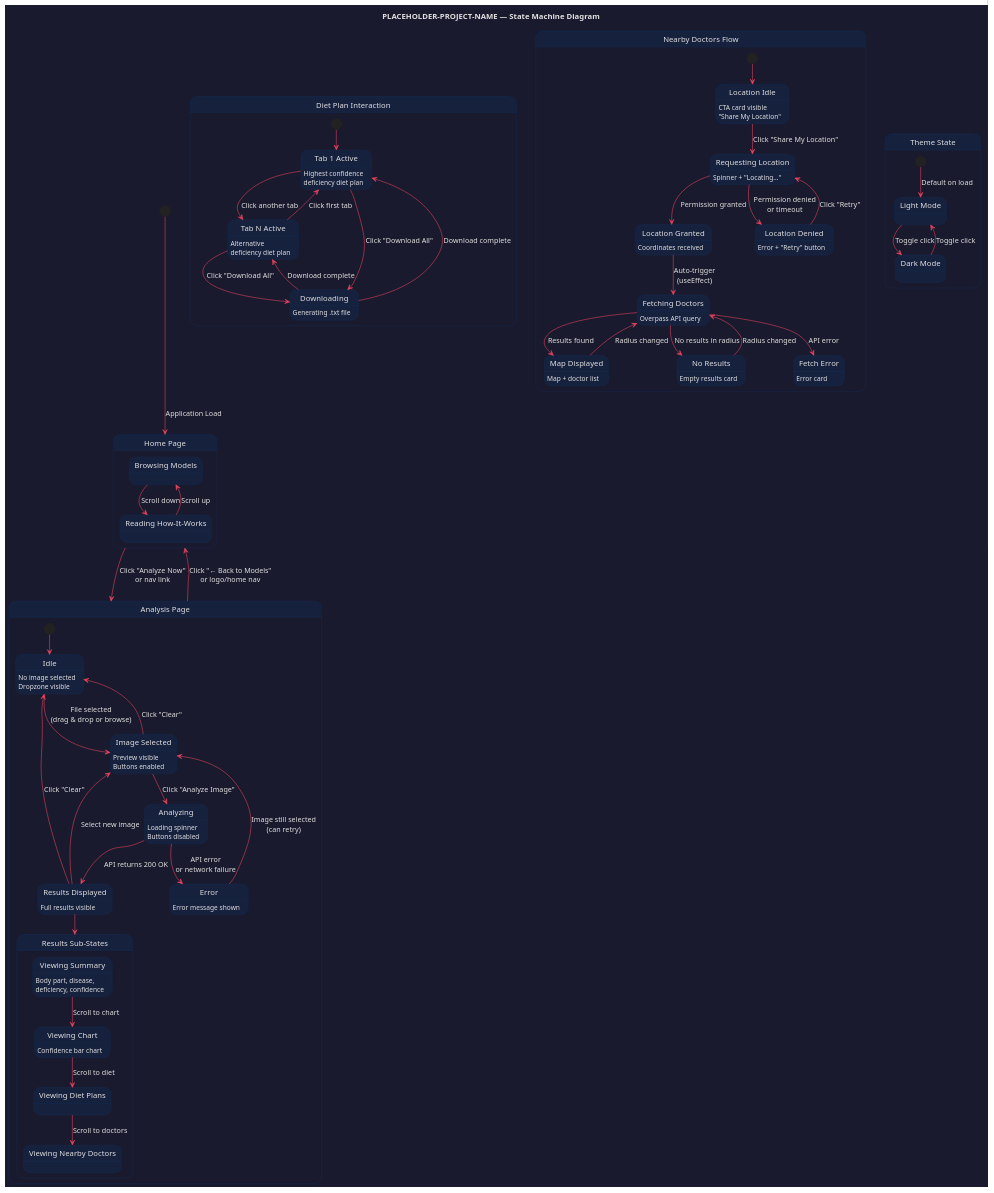
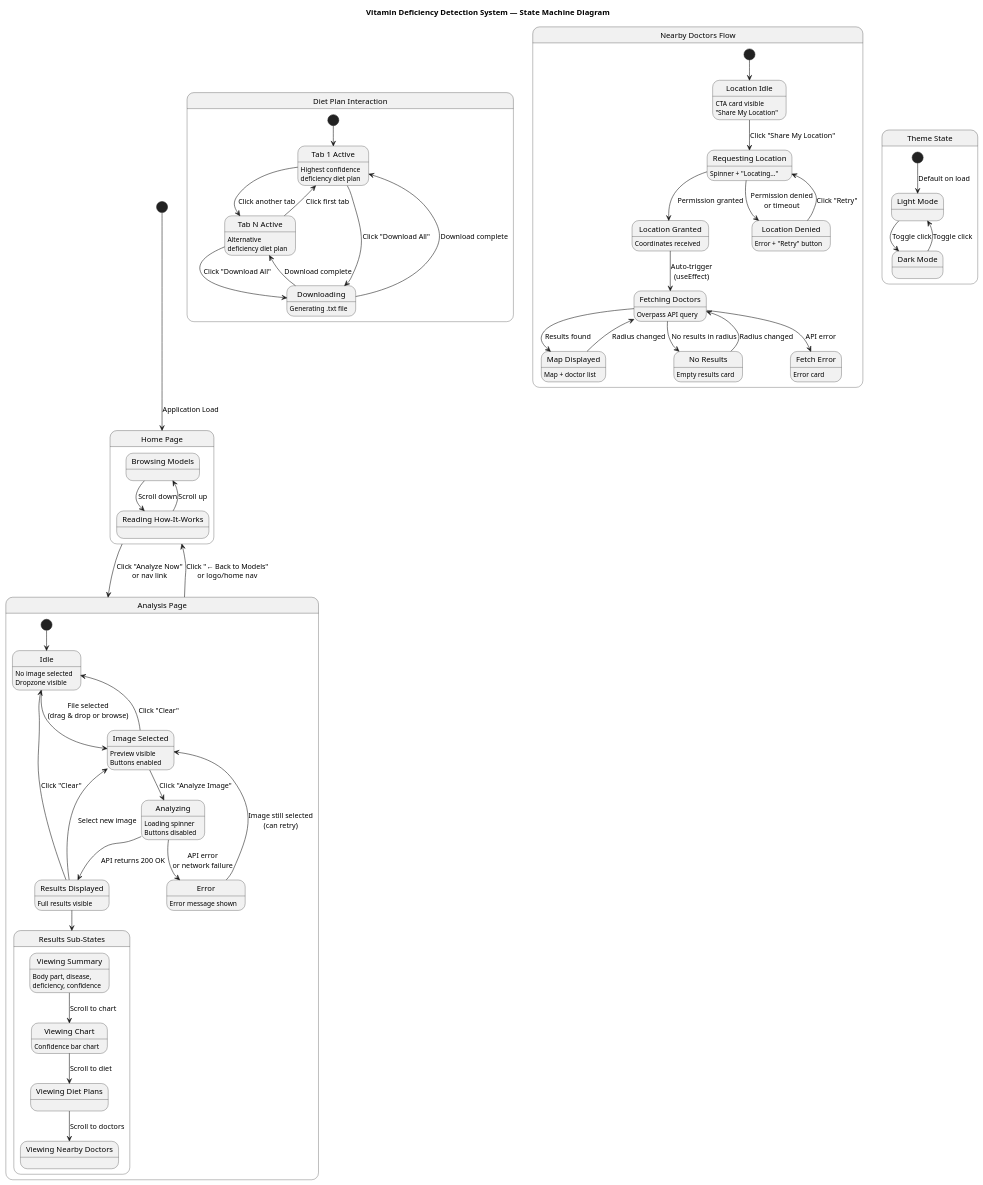
The diagram in documentation/diagrams/state.puml (hahahasini/new-project), drawn with PlantUML before and after one commit. The commit also changed 76 other files, not shown here.

```diff
--- a/documentation/diagrams/state.puml
+++ b/documentation/diagrams/state.puml
@@ -1,109 +1,102 @@
 @startuml state
 ' ================================================================
-' PLACEHOLDER-PROJECT-NAME — State Diagram
+' Vitamin Deficiency Detection System — State Diagram
 ' User Session & Analysis Processing States
 ' ================================================================
 
-skinparam backgroundColor #1a1a2e
-skinparam defaultFontColor #e0e0e0
-skinparam stateBorderColor #0f3460
-skinparam stateBackgroundColor #16213e
-skinparam arrowColor #e94560
-skinparam noteBorderColor #533483
-
-title PLACEHOLDER-PROJECT-NAME — State Machine Diagram
+title Vitamin Deficiency Detection System — State Machine Diagram
 
 [*] --> HomePage : Application Load
 
 state "Home Page" as HomePage {
     state "Browsing Models" as Browse
     state "Reading How-It-Works" as HowItWorks
     
     Browse --> HowItWorks : Scroll down
     HowItWorks --> Browse : Scroll up
 }
 
 HomePage --> AnalysisPage : Click "Analyze Now"\nor nav link
 
 state "Analysis Page" as AnalysisPage {
     
     state "Idle" as Idle : No image selected\nDropzone visible
     state "Image Selected" as Selected : Preview visible\nButtons enabled
     state "Analyzing" as Analyzing : Loading spinner\nButtons disabled
     state "Results Displayed" as Results : Full results visible
     state "Error" as Error : Error message shown
     
     [*] --> Idle
     
     Idle --> Selected : File selected\n(drag & drop or browse)
     Selected --> Analyzing : Click "Analyze Image"
     Selected --> Idle : Click "Clear"
     Analyzing --> Results : API returns 200 OK
     Analyzing --> Error : API error\nor network failure
     Error --> Selected : Image still selected\n(can retry)
     Results --> Idle : Click "Clear"
     Results --> Selected : Select new image
     
     state "Results Sub-States" as ResultsSub {
         state "Viewing Summary" as Summary : Body part, disease,\ndeficiency, confidence
         state "Viewing Chart" as Chart : Confidence bar chart
         state "Viewing Diet Plans" as DietView
         state "Viewing Nearby Doctors" as DoctorsView
         
         Summary --> Chart : Scroll to chart
         Chart --> DietView : Scroll to diet
         DietView --> DoctorsView : Scroll to doctors
     }
     
     Results --> ResultsSub
 }
 
 AnalysisPage --> HomePage : Click "← Back to Models"\nor logo/home nav
 
 state "Diet Plan Interaction" as DietState {
     state "Tab 1 Active" as Tab1 : Highest confidence\ndeficiency diet plan
     state "Tab N Active" as TabN : Alternative\ndeficiency diet plan
     state "Downloading" as Download : Generating .txt file
     
     [*] --> Tab1
     Tab1 --> TabN : Click another tab
     TabN --> Tab1 : Click first tab
     Tab1 --> Download : Click "Download All"
     TabN --> Download : Click "Download All"
     Download --> Tab1 : Download complete
     Download --> TabN : Download complete
 }
 
 state "Nearby Doctors Flow" as DoctorsFlow {
     state "Location Idle" as LocIdle : CTA card visible\n"Share My Location"
     state "Requesting Location" as LocReq : Spinner + "Locating..."
     state "Location Granted" as LocGranted : Coordinates received
     state "Location Denied" as LocDenied : Error + "Retry" button
     state "Fetching Doctors" as Fetching : Overpass API query
     state "Map Displayed" as MapReady : Map + doctor list
     state "No Results" as NoResults : Empty results card
     state "Fetch Error" as FetchErr : Error card
     
     [*] --> LocIdle
     LocIdle --> LocReq : Click "Share My Location"
     LocReq --> LocGranted : Permission granted
     LocReq --> LocDenied : Permission denied\nor timeout
     LocDenied --> LocReq : Click "Retry"
     LocGranted --> Fetching : Auto-trigger\n(useEffect)
     Fetching --> MapReady : Results found
     Fetching --> NoResults : No results in radius
     Fetching --> FetchErr : API error
     MapReady --> Fetching : Radius changed
     NoResults --> Fetching : Radius changed
 }
 
 state "Theme State" as ThemeState {
     state "Light Mode" as Light
     state "Dark Mode" as Dark
     
     [*] --> Light : Default on load
     Light --> Dark : Toggle click
     Dark --> Light : Toggle click
 }
 
 @enduml
```
